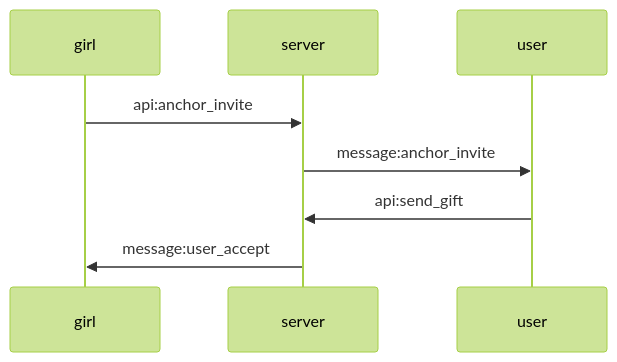
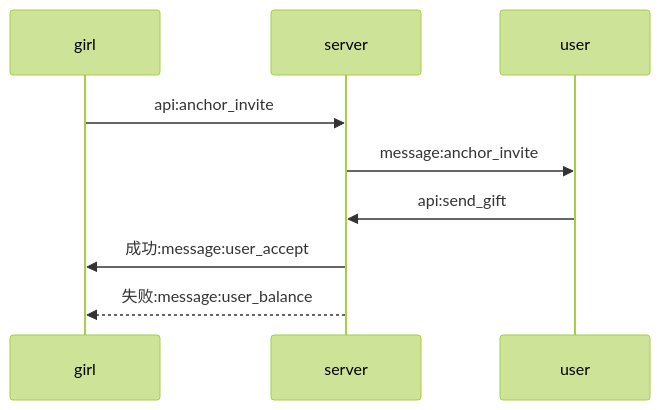
Before and after one commit to kjying/apidoc: the first of 4 diagrams in show/README.md, drawn with Mermaid (forest theme). The commit also changed other lines of this file, not shown here.

````diff
--- a/show/README.md
+++ b/show/README.md
@@ -33,10 +44,11 @@
 ```mermaid
 sequenceDiagram
     participant girl
     participant server
     participant user
     girl->>server: api:anchor_invite
     server->>user: message:anchor_invite
     user->>server: api:send_gift
-    server->>girl: message:user_accept
+    server->>girl: 成功:message:user_accept
+    server-->>girl: 失败:message:user_balance
 ```
````
